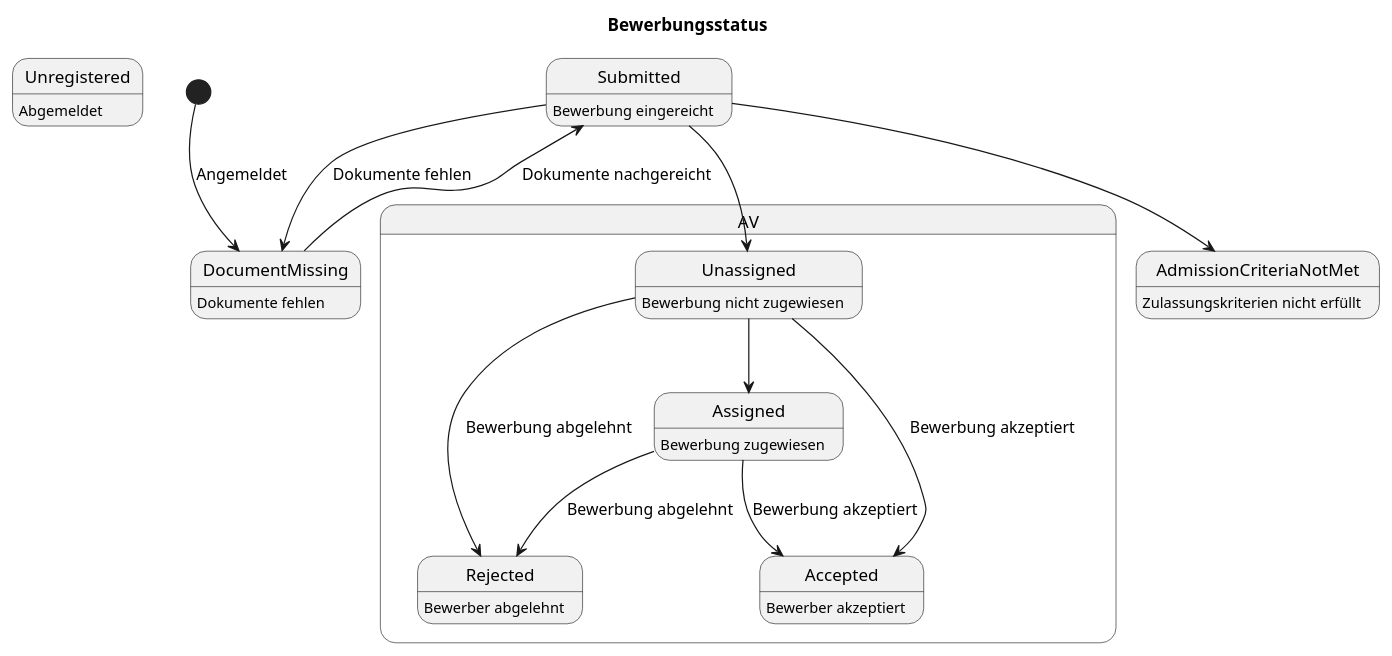
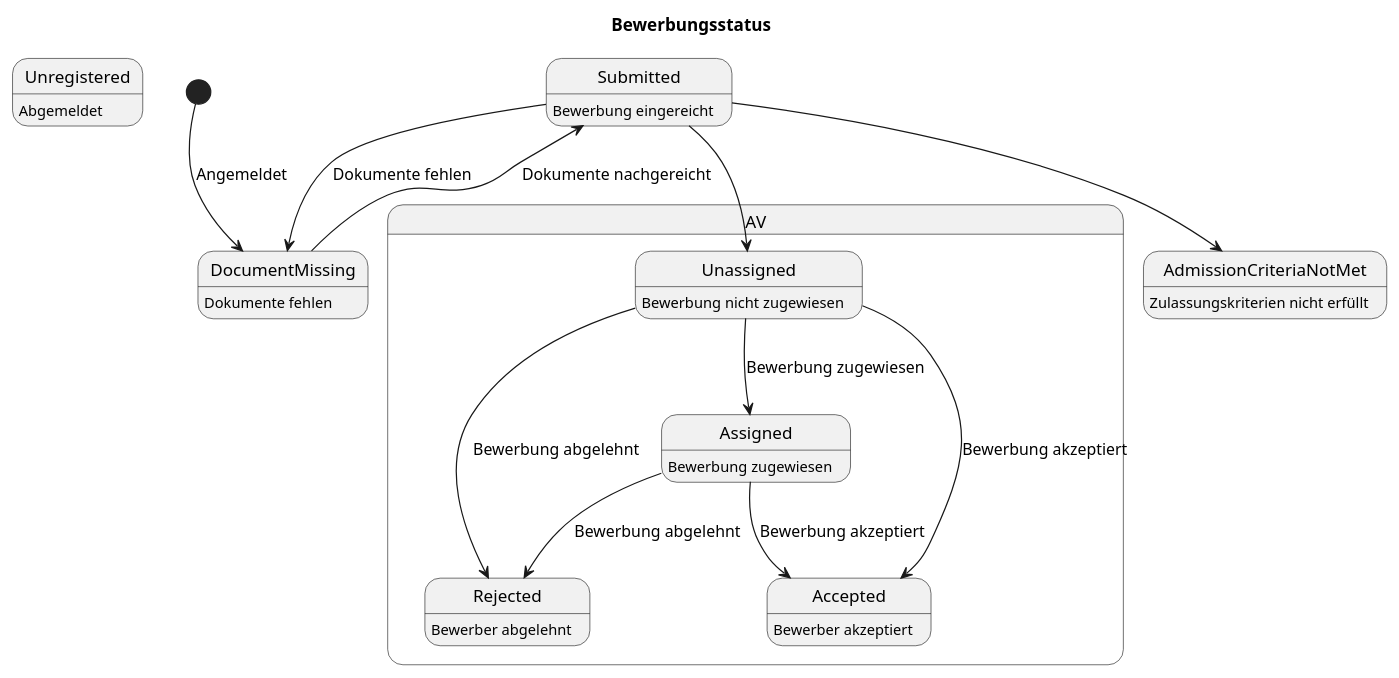
One commit to RegisterPlatform/Documentation changed the diagram in stake-doc/status.puml. Above: the diagram before and after it, drawn with PlantUML.

Commit message:
add changes

```diff
--- a/stake-doc/status.puml
+++ b/stake-doc/status.puml
@@ -1,28 +1,28 @@
 @startuml
 title Bewerbungsstatus
 
 state Unregistered : Abgemeldet
 state Submitted : Bewerbung eingereicht
 state DocumentMissing : Dokumente fehlen
 state AdmissionCriteriaNotMet : Zulassungskriterien nicht erfüllt
 
 [*] --> DocumentMissing : Angemeldet
 DocumentMissing --> Submitted : Dokumente nachgereicht
 
 state "AV" as AV {
     state Unassigned : Bewerbung nicht zugewiesen
     state Rejected : Bewerber abgelehnt
     state Accepted : Bewerber akzeptiert
     state Assigned : Bewerbung zugewiesen
 }
 
 Submitted --> Unassigned
 Submitted --> DocumentMissing : Dokumente fehlen
 Submitted --> AdmissionCriteriaNotMet
-Unassigned --> Assigned
+Unassigned --> Assigned : Bewerbung zugewiesen
 Unassigned --> Rejected : Bewerbung abgelehnt
 Unassigned --> Accepted : Bewerbung akzeptiert
 Assigned --> Rejected : Bewerbung abgelehnt
 Assigned --> Accepted : Bewerbung akzeptiert
 
 @enduml
```
